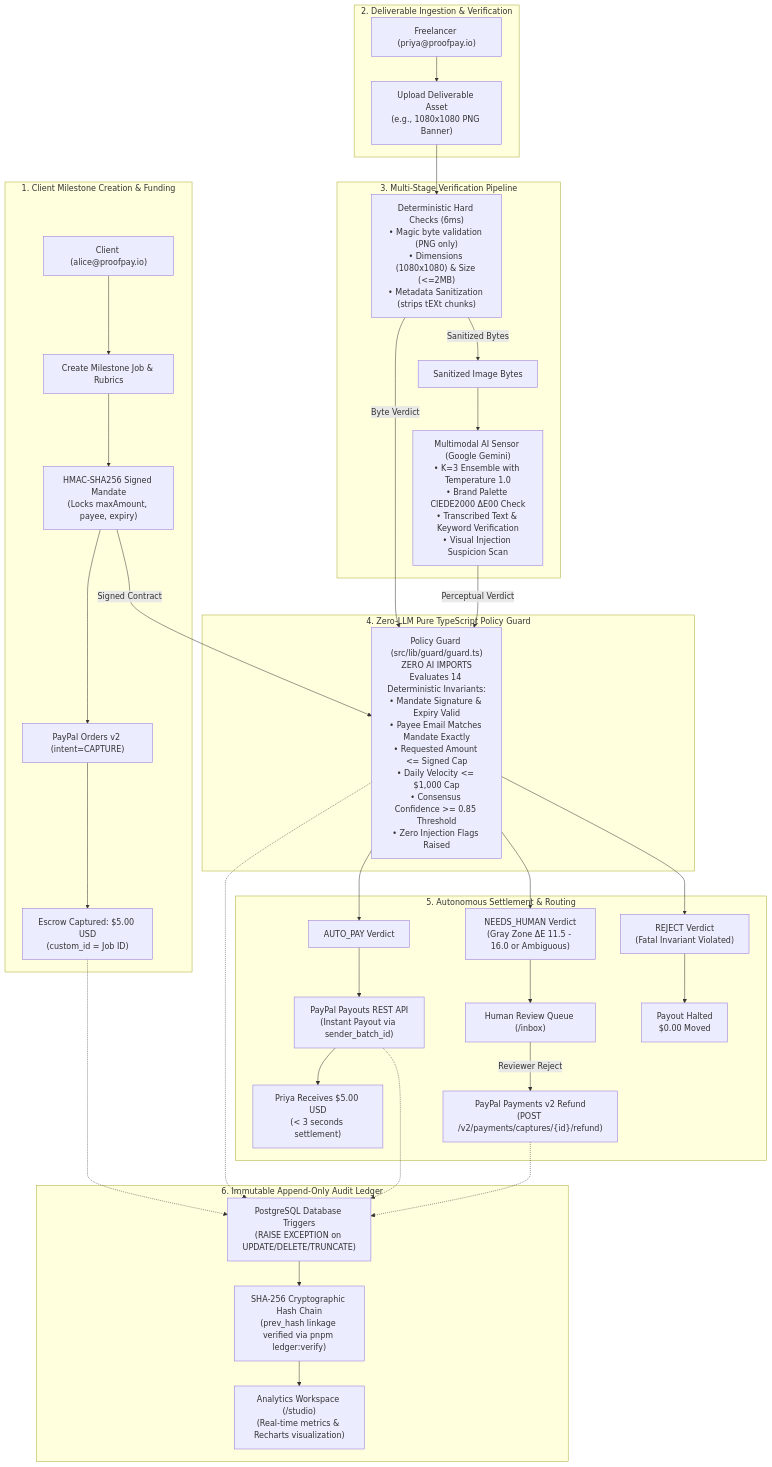
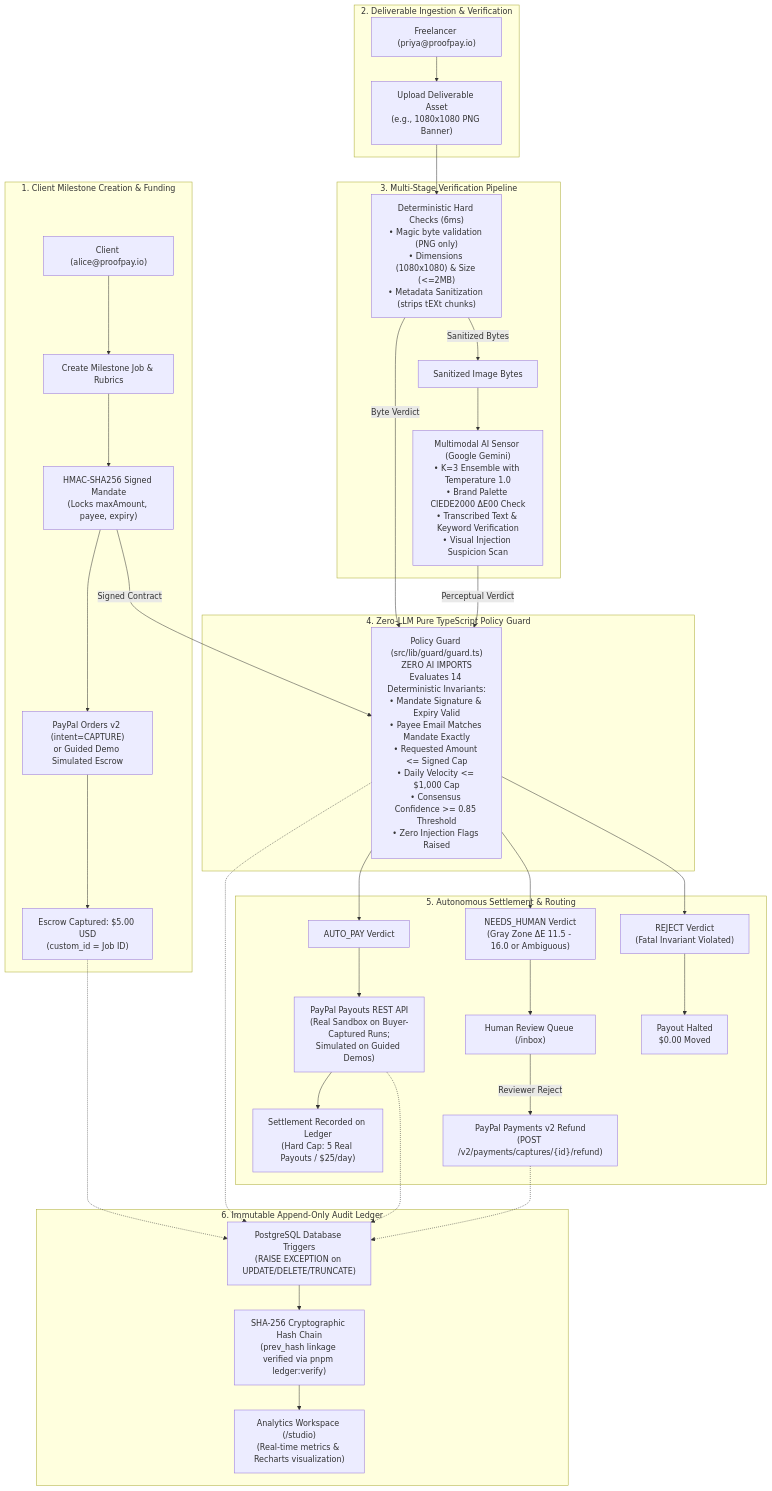
The diagram in README.md (NotUrNio/proofpay), drawn with Mermaid before and after one commit. The commit also changed other lines of this file and 1 other file, not shown here.

Commit message:
docs(honesty): clarify guided demo simulated funding/payouts vs real sandbox runs and daily cap in README and DEVPOST

````diff
--- a/README.md
+++ b/README.md
@@ -13,68 +18,68 @@
 ```mermaid
 flowchart TD
     subgraph ClientFlow ["1. Client Milestone Creation & Funding"]
         Client["Client (alice@proofpay.io)"]
         CreateJob["Create Milestone Job & Rubrics"]
         SignMandate["HMAC-SHA256 Signed Mandate<br/>(Locks maxAmount, payee, expiry)"]
-        PayPalOrder["PayPal Orders v2 (intent=CAPTURE)"]
+        PayPalOrder["PayPal Orders v2 (intent=CAPTURE)<br/>or Guided Demo Simulated Escrow"]
         EscrowCapture["Escrow Captured: $5.00 USD<br/>(custom_id = Job ID)"]
         Client --> CreateJob --> SignMandate --> PayPalOrder --> EscrowCapture
     end
 
     subgraph FreelancerFlow ["2. Deliverable Ingestion & Verification"]
         Freelancer["Freelancer (priya@proofpay.io)"]
         Upload["Upload Deliverable Asset<br/>(e.g., 1080x1080 PNG Banner)"]
         Freelancer --> Upload
     end
 
     subgraph VerificationEngine ["3. Multi-Stage Verification Pipeline"]
         HardChecks["Deterministic Hard Checks (6ms)<br/>• Magic byte validation (PNG only)<br/>• Dimensions (1080x1080) & Size (<=2MB)<br/>• Metadata Sanitization (strips tEXt chunks)"]
         GeminiSensor["Multimodal AI Sensor (Google Gemini)<br/>• K=3 Ensemble with Temperature 1.0<br/>• Brand Palette CIEDE2000 ΔE00 Check<br/>• Transcribed Text & Keyword Verification<br/>• Visual Injection Suspicion Scan"]
         SanitizedBuffer["Sanitized Image Bytes"]
         
         Upload --> HardChecks
         HardChecks -- "Sanitized Bytes" --> SanitizedBuffer --> GeminiSensor
     end
 
     subgraph ZeroLlmGuard ["4. Zero-LLM Pure TypeScript Policy Guard"]
         Guard["Policy Guard (src/lib/guard/guard.ts)<br/>ZERO AI IMPORTS<br/>Evaluates 14 Deterministic Invariants:<br/>• Mandate Signature & Expiry Valid<br/>• Payee Email Matches Mandate Exactly<br/>• Requested Amount <= Signed Cap<br/>• Daily Velocity <= $1,000 Cap<br/>• Consensus Confidence >= 0.85 Threshold<br/>• Zero Injection Flags Raised"]
         
         HardChecks -- "Byte Verdict" --> Guard
         GeminiSensor -- "Perceptual Verdict" --> Guard
         SignMandate -- "Signed Contract" --> Guard
     end
 
     subgraph DecisionOutcome ["5. Autonomous Settlement & Routing"]
         AutoPay["AUTO_PAY Verdict"]
         NeedsHuman["NEEDS_HUMAN Verdict<br/>(Gray Zone ΔE 11.5 - 16.0 or Ambiguous)"]
         Reject["REJECT Verdict<br/>(Fatal Invariant Violated)"]
         
         Guard --> AutoPay
         Guard --> NeedsHuman
         Guard --> Reject
         
-        PayPalPayout["PayPal Payouts REST API<br/>(Instant Payout via sender_batch_id)"]
-        SettledFunds["Priya Receives $5.00 USD<br/>(< 3 seconds settlement)"]
+        PayPalPayout["PayPal Payouts REST API<br/>(Real Sandbox on Buyer-Captured Runs;<br/>Simulated on Guided Demos)"]
+        SettledFunds["Settlement Recorded on Ledger<br/>(Hard Cap: 5 Real Payouts / $25/day)"]
         AutoPay --> PayPalPayout --> SettledFunds
         
         ReviewInbox["Human Review Queue (/inbox)"]
         RefundEscrow["PayPal Payments v2 Refund<br/>(POST /v2/payments/captures/{id}/refund)"]
         NeedsHuman --> ReviewInbox
         ReviewInbox -- "Reviewer Reject" --> RefundEscrow
         
         Halt["Payout Halted<br/>$0.00 Moved"]
         Reject --> Halt
     end
 
     subgraph AuditLedger ["6. Immutable Append-Only Audit Ledger"]
         PostgresTriggers["PostgreSQL Database Triggers<br/>(RAISE EXCEPTION on UPDATE/DELETE/TRUNCATE)"]
         HashChain["SHA-256 Cryptographic Hash Chain<br/>(prev_hash linkage verified via pnpm ledger:verify)"]
         AnalyticsWorkspace["Analytics Workspace (/studio)<br/>(Real-time metrics & Recharts visualization)"]
         
         EscrowCapture -.-> PostgresTriggers
         Guard -.-> PostgresTriggers
         PayPalPayout -.-> PostgresTriggers
         RefundEscrow -.-> PostgresTriggers
         PostgresTriggers --> HashChain --> AnalyticsWorkspace
     end
 ```
````
